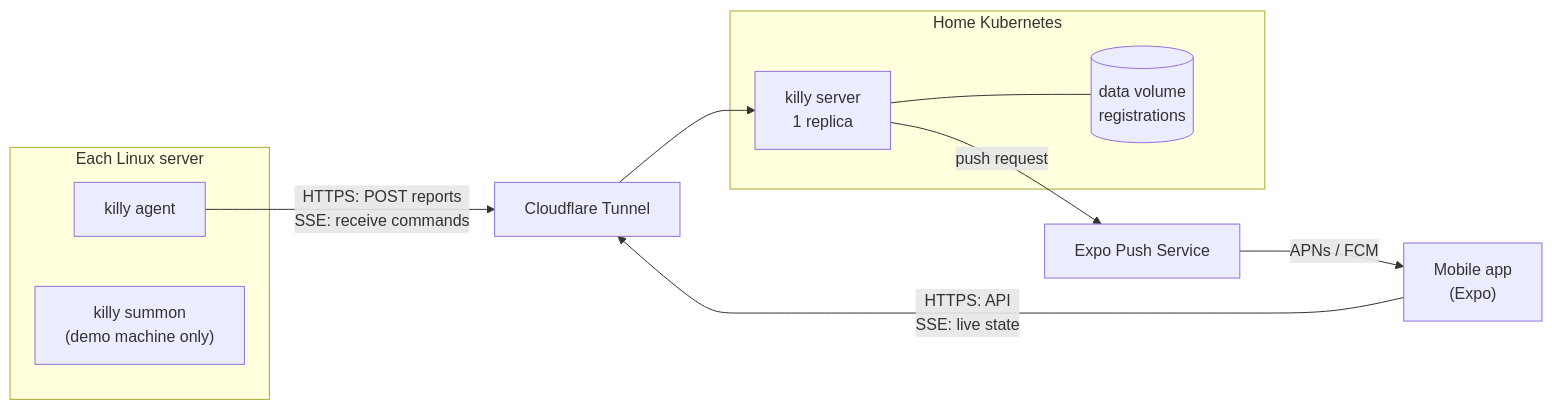
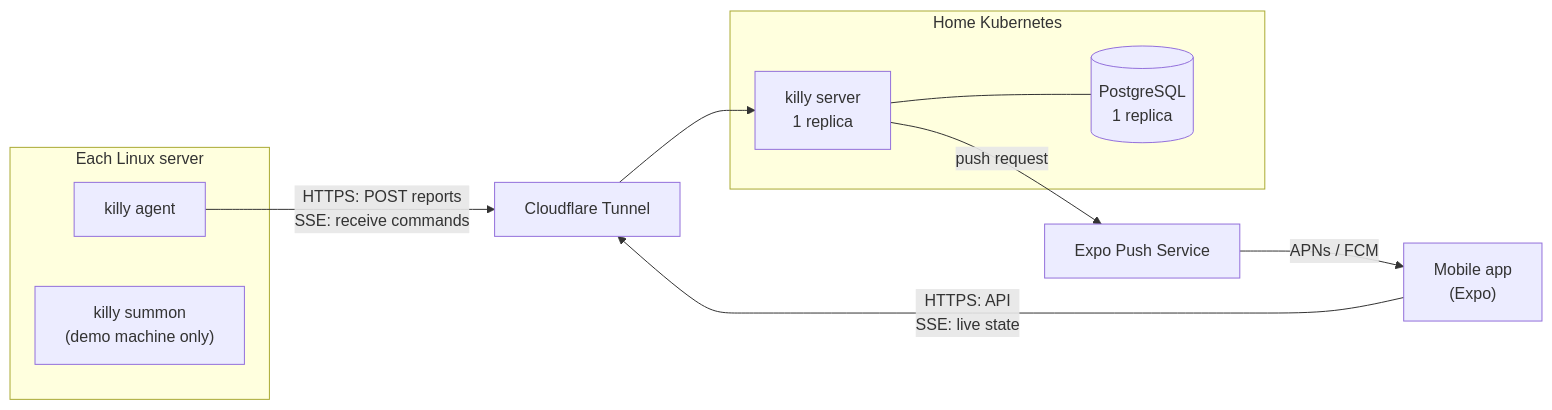
The first of 3 diagrams in docs/ARCHITECTURE.md (sumiredc/killy), drawn with Mermaid before and after one commit. The commit also changed other lines of this file and 1 other file, not shown here.

First line of the commit message:
Keep Killy server state in PostgreSQL so a restart keeps it

````diff
--- a/docs/ARCHITECTURE.md
+++ b/docs/ARCHITECTURE.md
@@ -8,19 +8,19 @@
 ```mermaid
 flowchart LR
   subgraph S["Each Linux server"]
     A["killy agent"]
     Z["killy summon<br/>(demo machine only)"]
   end
   subgraph K["Home Kubernetes"]
     W["killy server<br/>1 replica"]
-    D[("data volume<br/>registrations")]
+    D[("PostgreSQL<br/>1 replica")]
   end
   M["Mobile app<br/>(Expo)"]
   E["Expo Push Service"]
   CF["Cloudflare Tunnel"]
 
   A -- "HTTPS: POST reports<br/>SSE: receive commands" --> CF --> W
   M -- "HTTPS: API<br/>SSE: live state" --> CF
   W --- D
   W -- "push request" --> E -- "APNs / FCM" --> M
 ```
````
